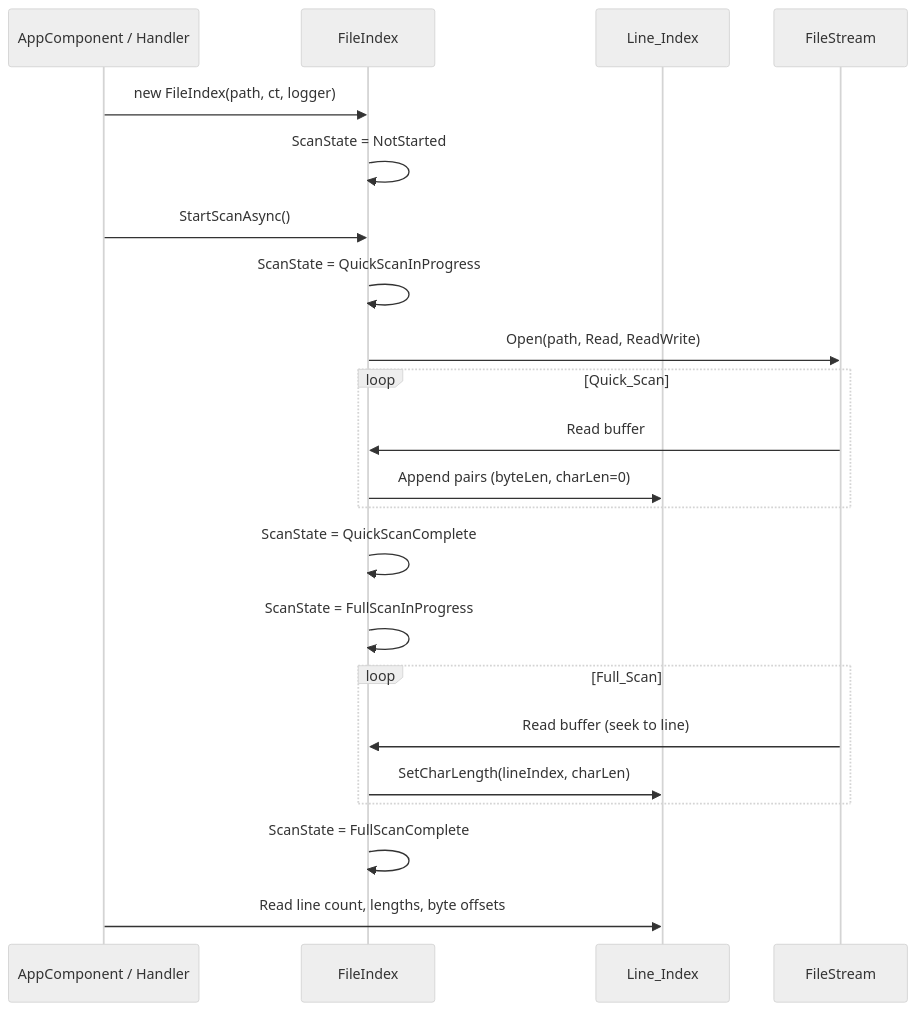
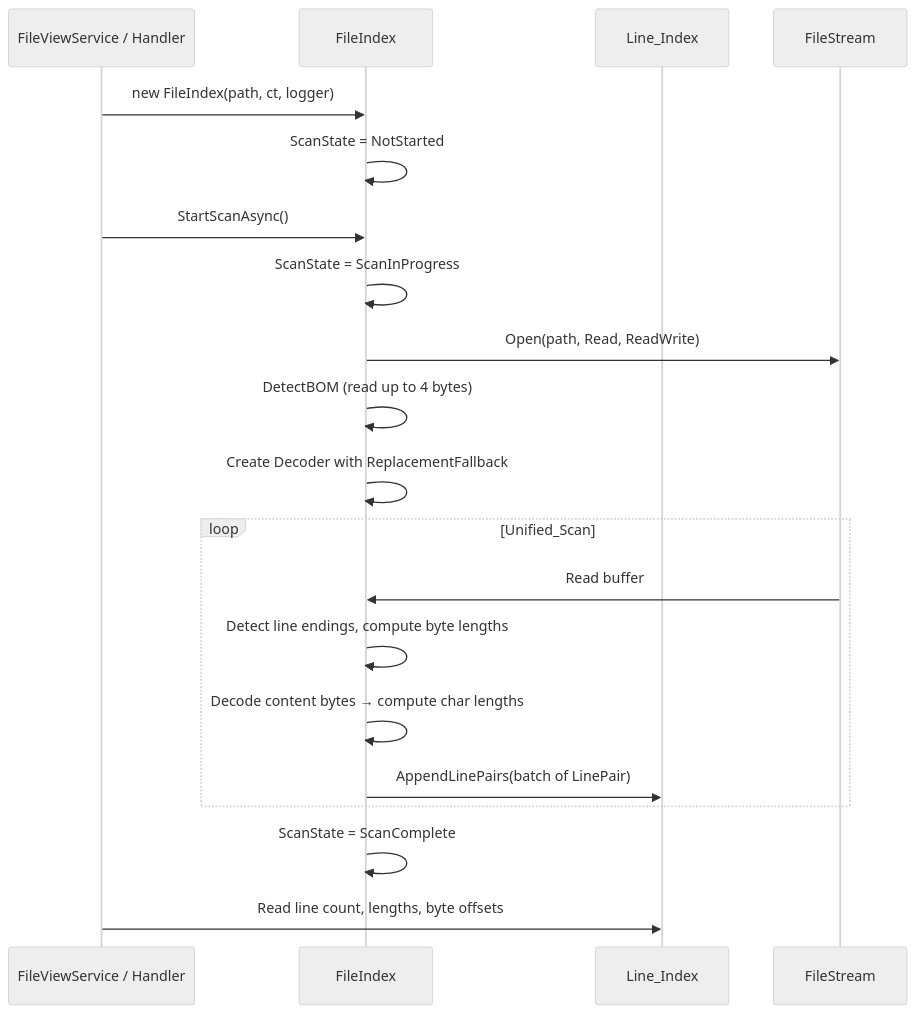
Before and after one commit to HerrDmitry/TextViewer: the first of 3 diagrams in .kiro/specs/_global/design-file-index.md, drawn with Mermaid (neutral theme). The commit also changed other lines of this file and 7 other files, not shown here.

First line of the commit message:
docs: update _global specs for unified scan pass

````diff
--- a/.kiro/specs/_global/design-file-index.md
+++ b/.kiro/specs/_global/design-file-index.md
@@ -26,25 +27,23 @@
 ```mermaid
 sequenceDiagram
-    participant Caller as AppComponent / Handler
+    participant Caller as FileViewService / Handler
     participant FI as FileIndex
     participant LI as Line_Index
     participant FS as FileStream
 
     Caller->>FI: new FileIndex(path, ct, logger)
     FI->>FI: ScanState = NotStarted
     Caller->>FI: StartScanAsync()
-    FI->>FI: ScanState = QuickScanInProgress
+    FI->>FI: ScanState = ScanInProgress
     FI->>FS: Open(path, Read, ReadWrite)
-    loop Quick_Scan
+    FI->>FI: DetectBOM (read up to 4 bytes)
+    FI->>FI: Create Decoder with ReplacementFallback
+    loop Unified_Scan
         FS->>FI: Read buffer
-        FI->>LI: Append pairs (byteLen, charLen=0)
+        FI->>FI: Detect line endings, compute byte lengths
+        FI->>FI: Decode content bytes → compute char lengths
+        FI->>LI: AppendLinePairs(batch of LinePair)
     end
-    FI->>FI: ScanState = QuickScanComplete
-    FI->>FI: ScanState = FullScanInProgress
-    loop Full_Scan
-        FS->>FI: Read buffer (seek to line)
-        FI->>LI: SetCharLength(lineIndex, charLen)
-    end
-    FI->>FI: ScanState = FullScanComplete
+    FI->>FI: ScanState = ScanComplete
     Caller->>LI: Read line count, lengths, byte offsets
 ```
````
